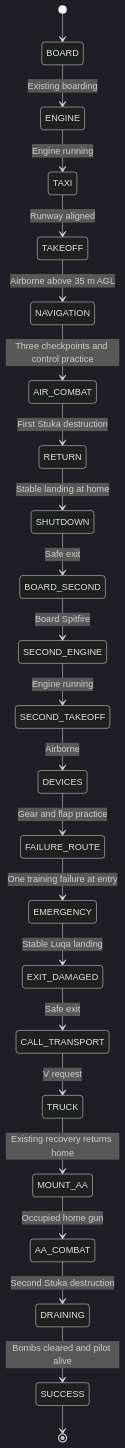
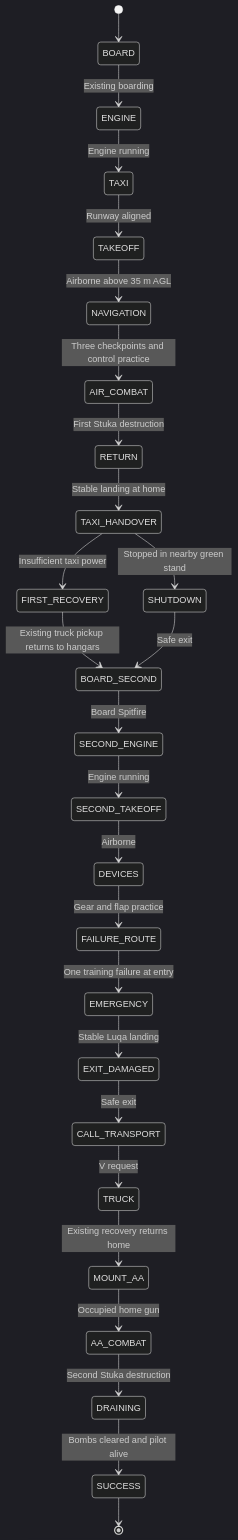
One commit to zelenski3398/codexproj1 changed the diagram in docs/tutorial-flight-school.md. Above: the diagram before and after it, drawn with Mermaid (dark theme). The commit also changed other lines of this file and 6 other files, not shown here.

Commit message:
docs(tutorial): record marked landing and nearby Spitfire handover

````diff
--- a/docs/tutorial-flight-school.md
+++ b/docs/tutorial-flight-school.md
@@ -44,25 +44,28 @@
 ```mermaid
 stateDiagram-v2
     [*] --> BOARD
     BOARD --> ENGINE: Existing boarding
     ENGINE --> TAXI: Engine running
     TAXI --> TAKEOFF: Runway aligned
     TAKEOFF --> NAVIGATION: Airborne above 35 m AGL
     NAVIGATION --> AIR_COMBAT: Three checkpoints and control practice
     AIR_COMBAT --> RETURN: First Stuka destruction
-    RETURN --> SHUTDOWN: Stable landing at home
+    RETURN --> TAXI_HANDOVER: Stable landing at home
+    TAXI_HANDOVER --> SHUTDOWN: Stopped in nearby green stand
+    TAXI_HANDOVER --> FIRST_RECOVERY: Insufficient taxi power
+    FIRST_RECOVERY --> BOARD_SECOND: Existing truck pickup returns to hangars
     SHUTDOWN --> BOARD_SECOND: Safe exit
     BOARD_SECOND --> SECOND_ENGINE: Board Spitfire
     SECOND_ENGINE --> SECOND_TAKEOFF: Engine running
     SECOND_TAKEOFF --> DEVICES: Airborne
     DEVICES --> FAILURE_ROUTE: Gear and flap practice
     FAILURE_ROUTE --> EMERGENCY: One training failure at entry
     EMERGENCY --> EXIT_DAMAGED: Stable Luqa landing
     EXIT_DAMAGED --> CALL_TRANSPORT: Safe exit
     CALL_TRANSPORT --> TRUCK: V request
     TRUCK --> MOUNT_AA: Existing recovery returns home
     MOUNT_AA --> AA_COMBAT: Occupied home gun
     AA_COMBAT --> DRAINING: Second Stuka destruction
     DRAINING --> SUCCESS: Bombs cleared and pilot alive
     SUCCESS --> [*]
 ```
````
